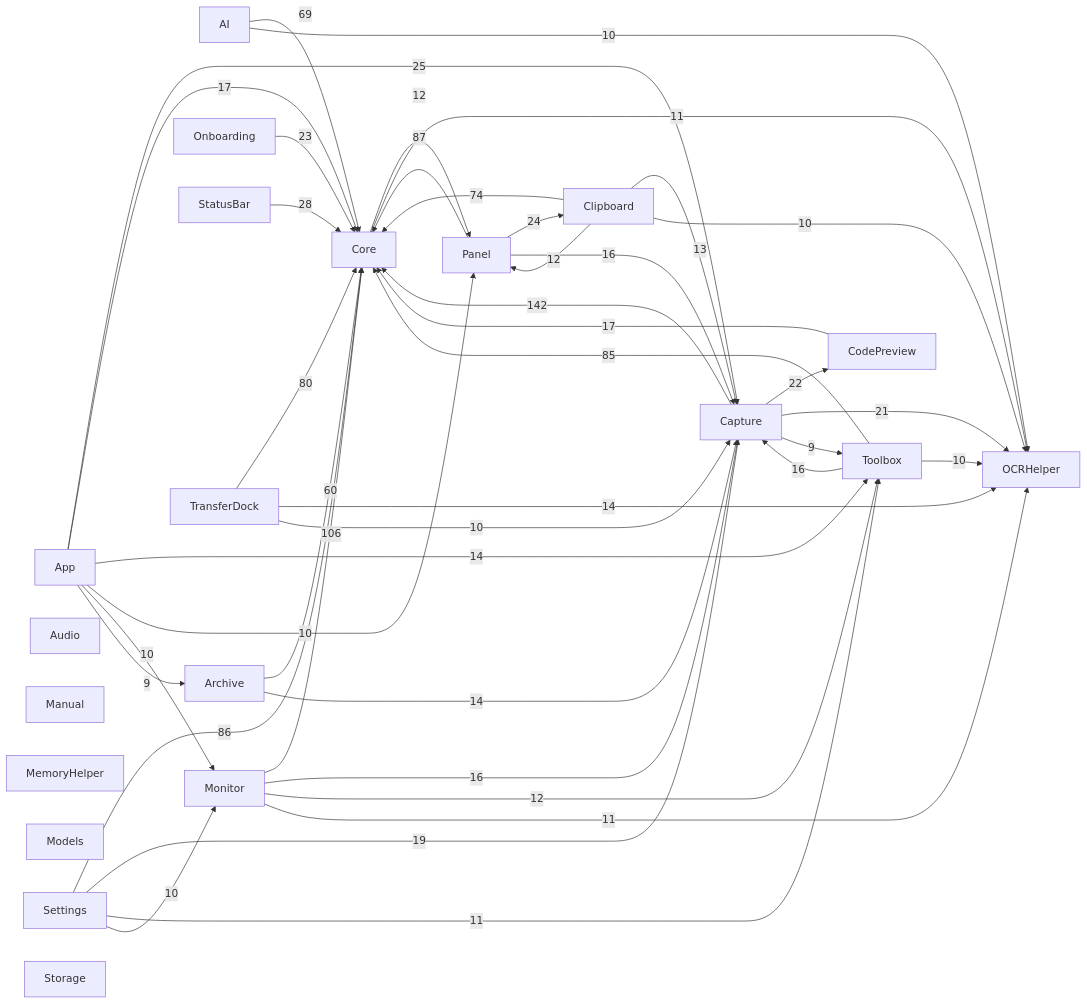
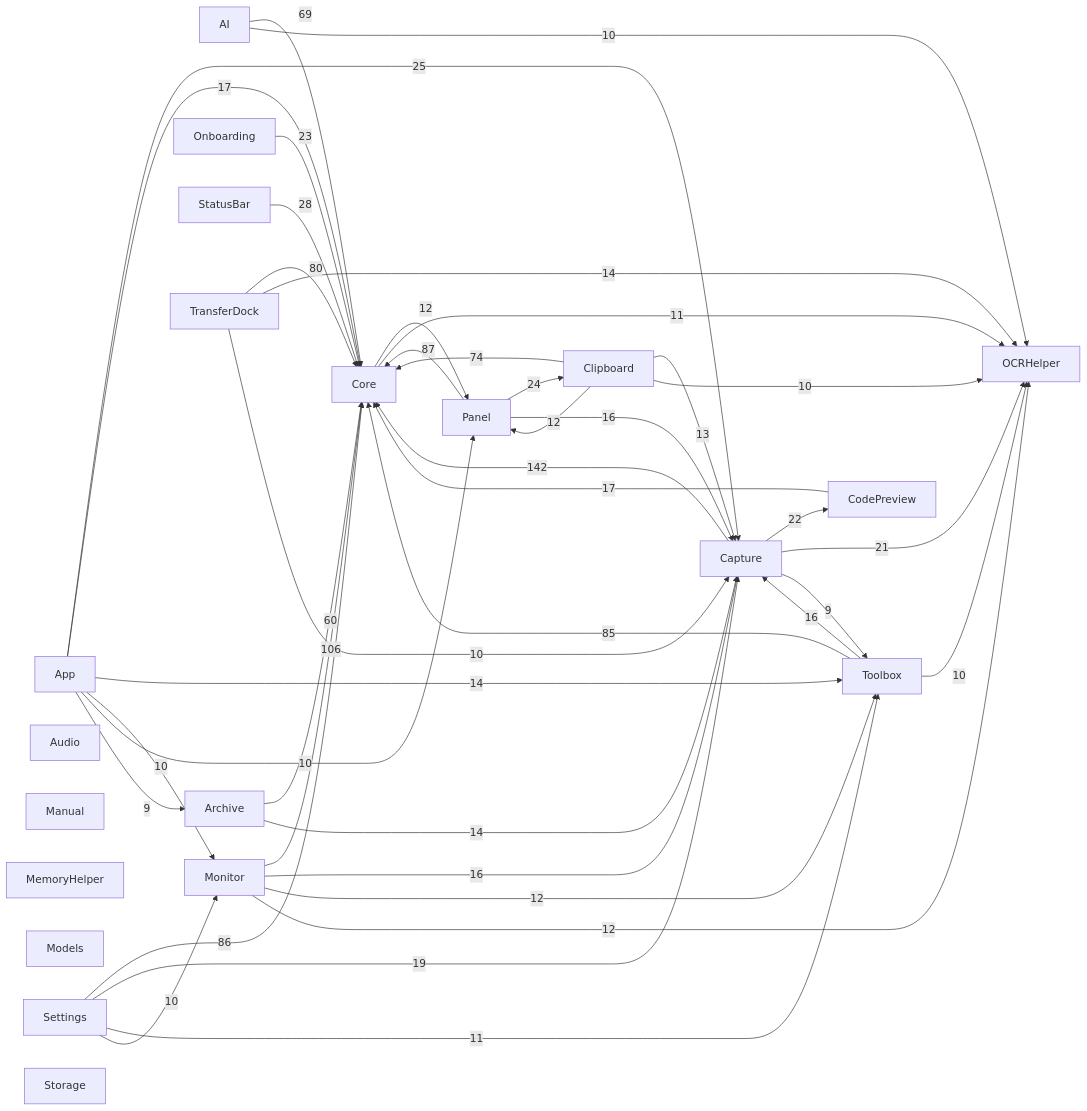
One commit to sxyq/Kitnest changed the diagram in docs/00-总览/模块依赖图.md. Above: the diagram before and after it, drawn with Mermaid. The commit also changed other lines of this file and 1 other file, not shown here.

Commit message:
chore: 重新生成符号索引与依赖图（v264 行号重锚）

````diff
--- a/docs/00-总览/模块依赖图.md
+++ b/docs/00-总览/模块依赖图.md
@@ -34,63 +34,63 @@
 ```mermaid
 flowchart LR
   M0["AI"]
   M1["App"]
   M2["Archive"]
   M3["Audio"]
   M4["Capture"]
   M5["Clipboard"]
   M6["CodePreview"]
   M7["Core"]
   M8["Manual"]
   M9["MemoryHelper"]
   M10["Models"]
   M11["Monitor"]
   M12["OCRHelper"]
   M13["Onboarding"]
   M14["Panel"]
   M15["Settings"]
   M16["StatusBar"]
   M17["Storage"]
   M18["Toolbox"]
   M19["TransferDock"]
   M4 -->|142| M7
   M11 -->|106| M7
   M14 -->|87| M7
   M15 -->|86| M7
   M18 -->|85| M7
   M19 -->|80| M7
   M5 -->|74| M7
   M0 -->|69| M7
   M2 -->|60| M7
   M16 -->|28| M7
   M1 -->|25| M4
   M14 -->|24| M5
   M13 -->|23| M7
   M4 -->|22| M6
   M4 -->|21| M12
   M15 -->|19| M4
   M1 -->|17| M7
   M6 -->|17| M7
   M11 -->|16| M4
   M14 -->|16| M4
   M18 -->|16| M4
   M1 -->|14| M18
   M2 -->|14| M4
   M19 -->|14| M12
   M5 -->|13| M4
   M7 -->|12| M14
   M11 -->|12| M18
+  M11 -->|12| M12
   M5 -->|12| M14
   M7 -->|11| M12
   M15 -->|11| M18
-  M11 -->|11| M12
+  M1 -->|10| M11
   M1 -->|10| M14
-  M1 -->|10| M11
   M15 -->|10| M11
   M0 -->|10| M12
   M18 -->|10| M12
   M19 -->|10| M4
   M5 -->|10| M12
   M1 -->|9| M2
   M4 -->|9| M18
 ```
````
